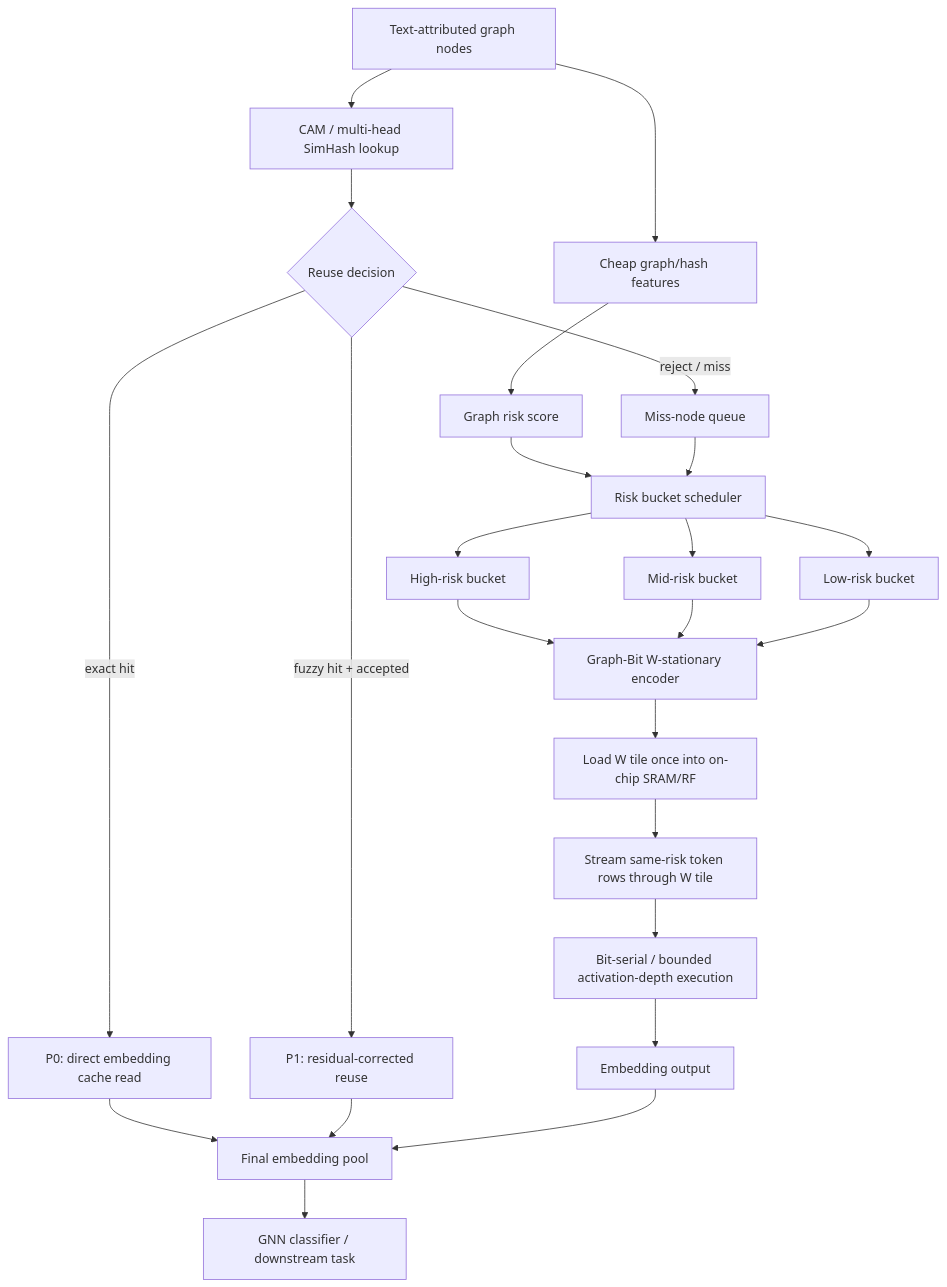
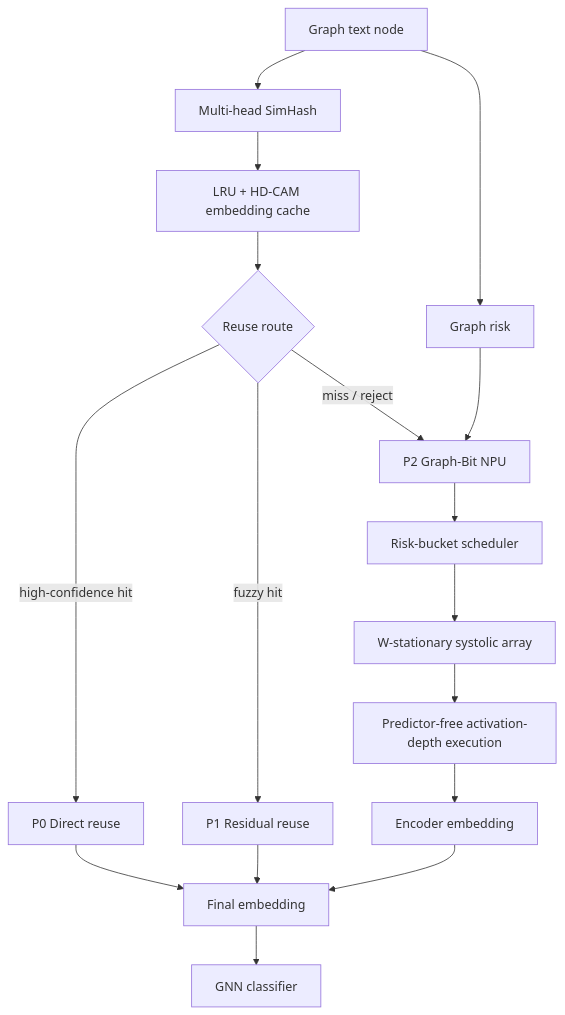
Before and after one commit to Zst0514/GraphhopSimhash: the diagram in docs/npu/GRAPH_BIT_NPU_DESIGN.md, drawn with Mermaid. The commit also changed other lines of this file and 10 other files, not shown here.

Commit message:
feat: add nodewise graphbit bound flow

````diff
--- a/docs/npu/GRAPH_BIT_NPU_DESIGN.md
+++ b/docs/npu/GRAPH_BIT_NPU_DESIGN.md
@@ -41,32 +34,23 @@
 ```mermaid
 flowchart TD
-    A[Text-attributed graph nodes] --> B[Cheap graph/hash features]
-    A --> C[CAM / multi-head SimHash lookup]
+    A[Graph text node] --> B[Multi-head SimHash]
+    B --> C[LRU + HD-CAM embedding cache]
+    C --> D{Reuse route}
 
-    C --> D{Reuse decision}
-    D -->|exact hit| E[P0: direct embedding cache read]
-    D -->|fuzzy hit + accepted| F[P1: residual-corrected reuse]
-    D -->|reject / miss| G[Miss-node queue]
+    D -->|high-confidence hit| E[P0 Direct reuse]
+    D -->|fuzzy hit| F[P1 Residual reuse]
+    D -->|miss / reject| G[P2 Graph-Bit NPU]
 
-    B --> H[Graph risk score]
-    H --> I[Risk bucket scheduler]
-    G --> I
+    A --> H[Graph risk]
+    H --> G
 
-    I --> J[High-risk bucket]
-    I --> K[Mid-risk bucket]
-    I --> L[Low-risk bucket]
+    G --> I[Risk-bucket scheduler]
+    I --> J[W-stationary systolic array]
+    J --> K[Predictor-free activation-depth execution]
+    K --> L[Encoder embedding]
 
-    J --> M[Graph-Bit W-stationary encoder]
-    K --> M
+    E --> M[Final embedding]
+    F --> M
     L --> M
-
-    M --> N[Load W tile once into on-chip SRAM/RF]
-    N --> O[Stream same-risk token rows through W tile]
-    O --> P[Bit-serial / bounded activation-depth execution]
-    P --> Q[Embedding output]
-
-    E --> R[Final embedding pool]
-    F --> R
-    Q --> R
-    R --> S[GNN classifier / downstream task]
+    M --> N[GNN classifier]
 ```
````
